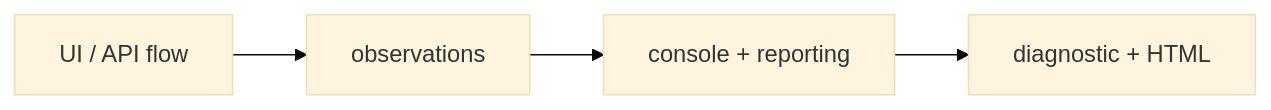
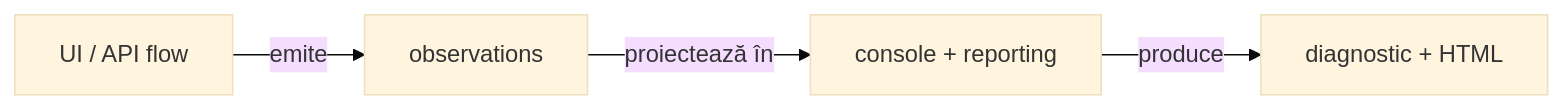
Before and after one commit to crististefanita/demo2: the eighth of 8 diagrams in atf-test-practice-shop/README.md, drawn with Mermaid (base theme). The commit also changed other lines of this file and 102 other files, not shown here.

````diff
--- a/atf-test-practice-shop/README.md
+++ b/atf-test-practice-shop/README.md
@@ -379,6 +440,6 @@
 ```mermaid
 flowchart LR
-    Flow["UI / API flow"] --> Observe["observations"]
-    Observe --> Projection["console + reporting"]
-    Projection --> Outputs["diagnostic + HTML"]
+    Flow["UI / API flow"] -->|emite| Observe["observations"]
+    Observe -->|proiectează în| Projection["console + reporting"]
+    Projection -->|produce| Outputs["diagnostic + HTML"]
 ```
````
